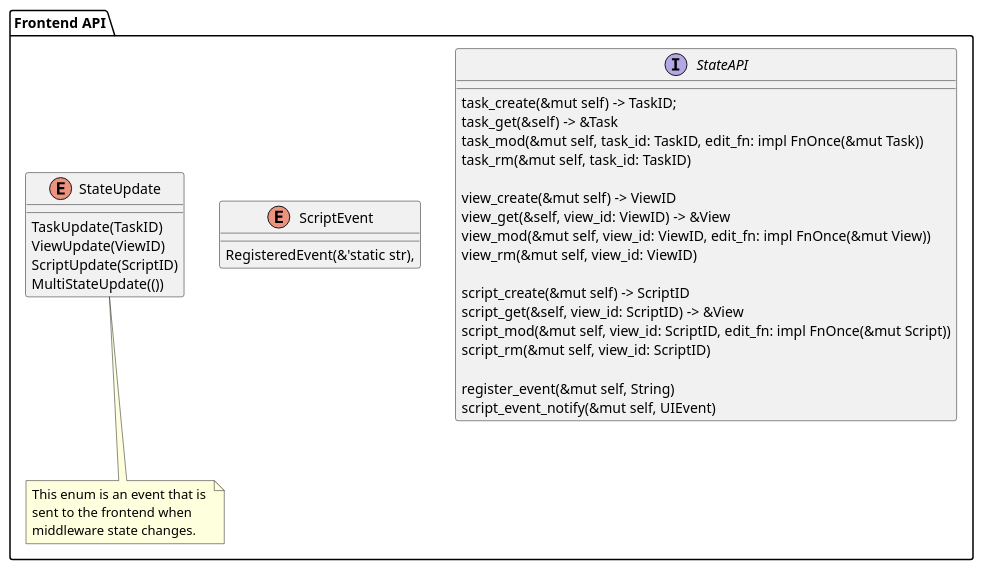
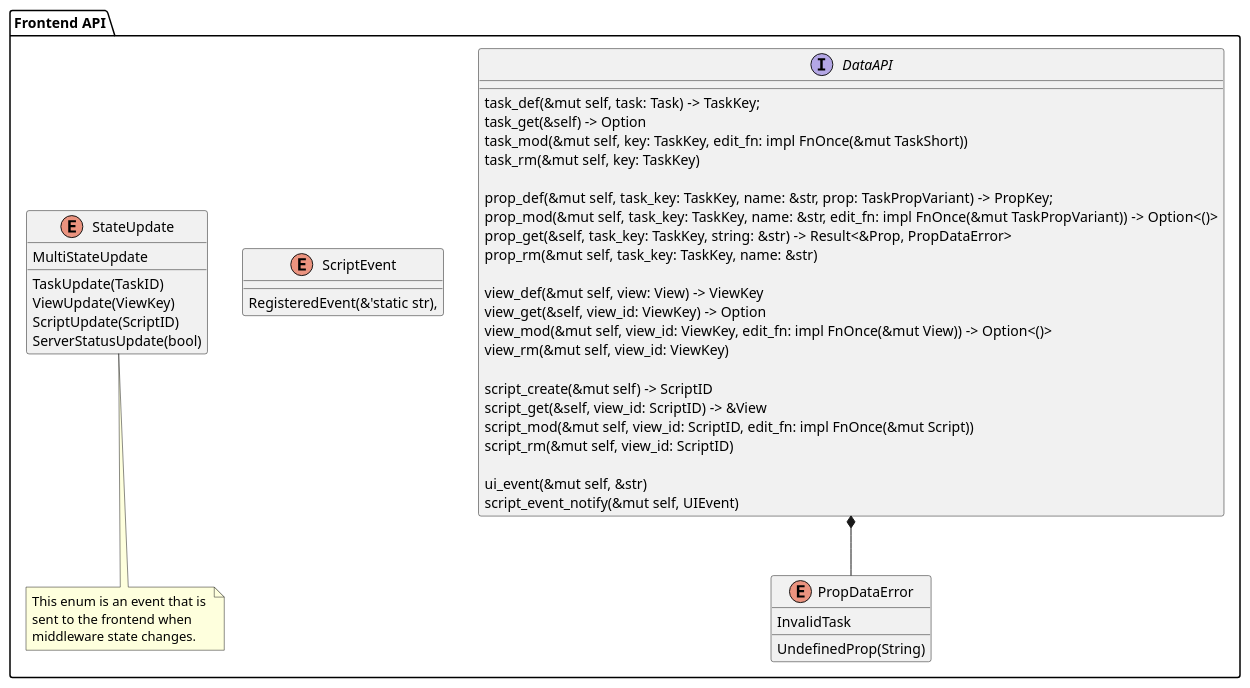
The second of 4 diagrams in design/middleware.puml (knoxy5467/a-better-notion), drawn with PlantUML before and after one commit. The commit also changed other lines of this file and 2 other files, not shown here.

Commit message:
middleware class and sequences updates that I forgot to push to main before it got locked lol

```diff
--- a/design/middleware.puml
+++ b/design/middleware.puml
@@ -21,42 +21,53 @@
 @startuml "frontend_api"
 package "Frontend API" {
+	enum PropDataError {
+		InvalidTask
+		UndefinedProp(String)
+	}
 
-	interface StateAPI {
-		task_create(&mut self) -> TaskID;
-		task_get(&self) -> &Task
-		task_mod(&mut self, task_id: TaskID, edit_fn: impl FnOnce(&mut Task))
-		task_rm(&mut self, task_id: TaskID)
+	interface DataAPI {
+		task_def(&mut self, task: Task) -> TaskKey;
+		task_get(&self) -> Option<&Task>
+		task_mod(&mut self, key: TaskKey, edit_fn: impl FnOnce(&mut TaskShort))
+		task_rm(&mut self, key: TaskKey)
 
-		view_create(&mut self) -> ViewID
-		view_get(&self, view_id: ViewID) -> &View
-		view_mod(&mut self, view_id: ViewID, edit_fn: impl FnOnce(&mut View))
-		view_rm(&mut self, view_id: ViewID)
+		prop_def(&mut self, task_key: TaskKey, name: &str, prop: TaskPropVariant) -> PropKey;
+		prop_mod(&mut self, task_key: TaskKey, name: &str, edit_fn: impl FnOnce(&mut TaskPropVariant)) -> Option<()>
+		prop_get(&self, task_key: TaskKey, string: &str) -> Result<&Prop, PropDataError>
+		prop_rm(&mut self, task_key: TaskKey, name: &str)
+
+		view_def(&mut self, view: View) -> ViewKey
+		view_get(&self, view_id: ViewKey) -> Option<&View>
+		view_mod(&mut self, view_id: ViewKey, edit_fn: impl FnOnce(&mut View)) -> Option<()>
+		view_rm(&mut self, view_id: ViewKey)
 
 		script_create(&mut self) -> ScriptID
 		script_get(&self, view_id: ScriptID) -> &View
 		script_mod(&mut self, view_id: ScriptID, edit_fn: impl FnOnce(&mut Script))
 		script_rm(&mut self, view_id: ScriptID)
 		
-		register_event(&mut self, String)
+		ui_event(&mut self, &str)
 		script_event_notify(&mut self, UIEvent)
 	}
+	DataAPI *-- PropDataError
 
 	enum ScriptEvent {
 		' UI Triggers that cause
 		RegisteredEvent(&'static str),
 	}
 	
 	enum StateUpdate {
 		TaskUpdate(TaskID)
-		ViewUpdate(ViewID)
+		ViewUpdate(ViewKey)
 		ScriptUpdate(ScriptID)
-		MultiStateUpdate(())
+		MultiStateUpdate
+		ServerStatusUpdate(bool)
 	}
 
 	note bottom of StateUpdate
 		This enum is an event that is 
 		sent to the frontend when 
 		middleware state changes.
 	end note
 }
 @enduml
```
